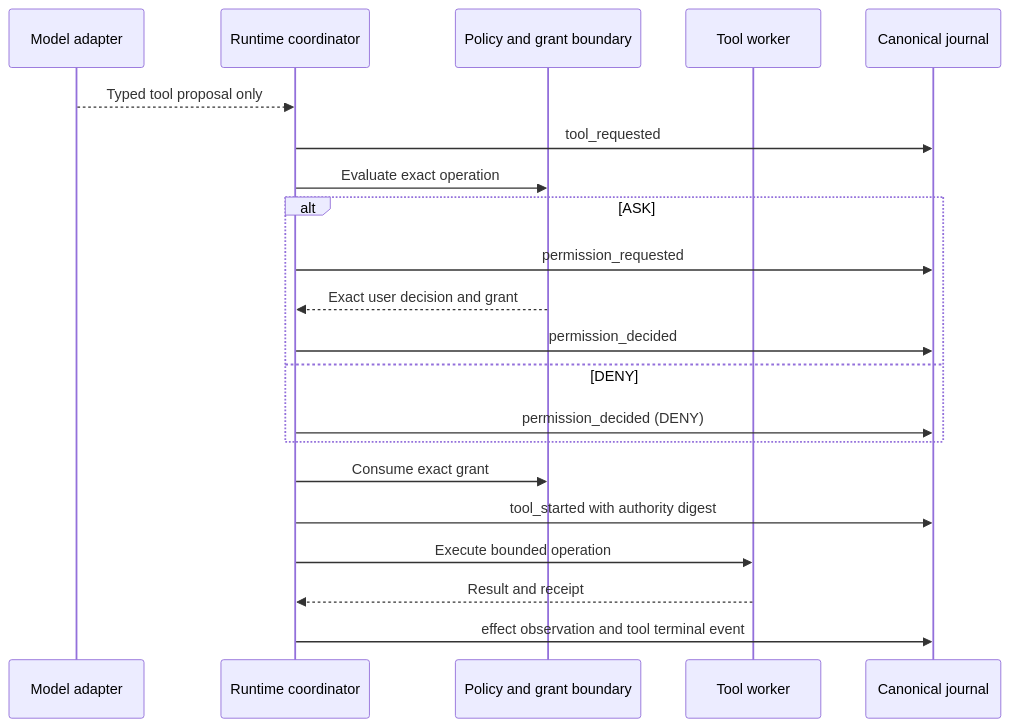
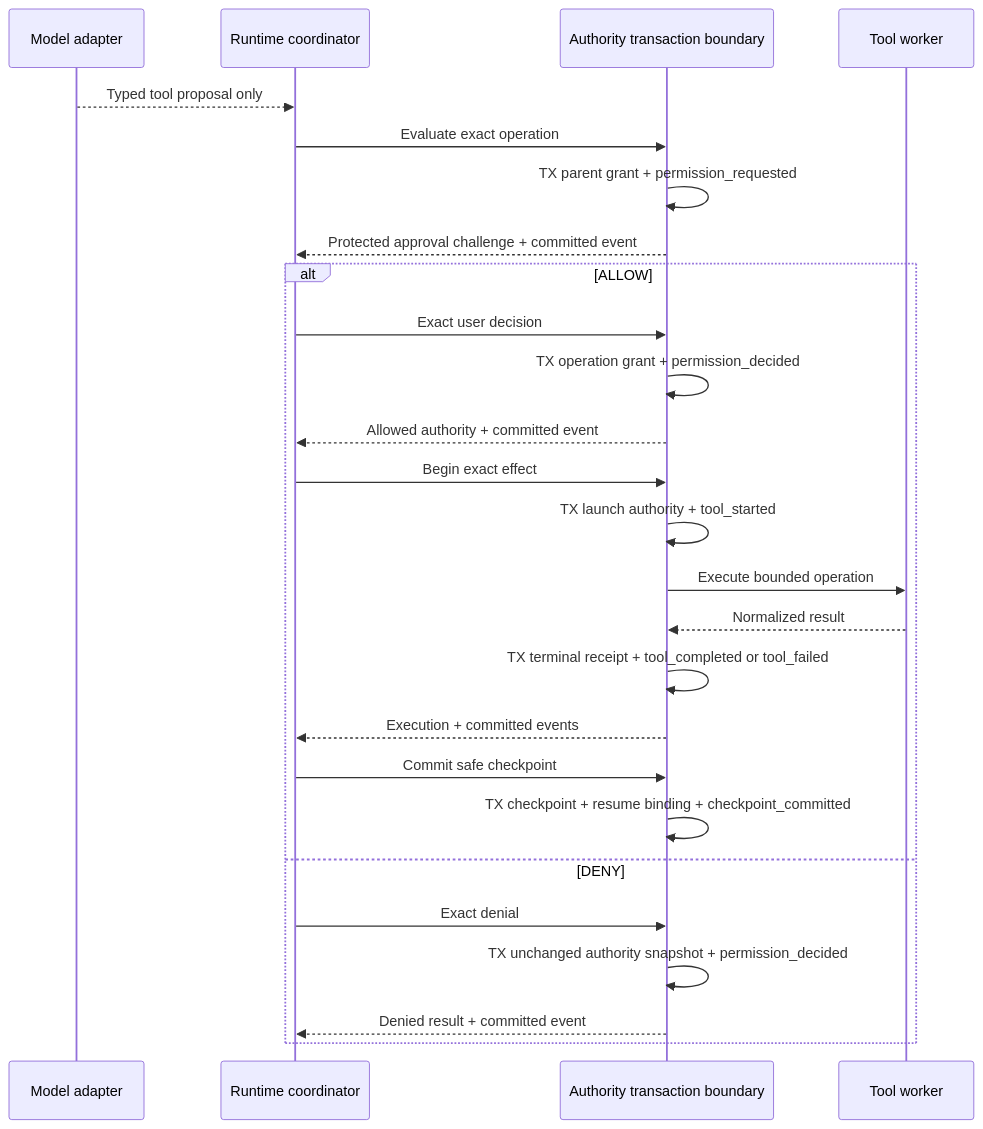
Before and after one commit to AaronNHorvitz/AgentMage: the first of 2 diagrams in docs/architecture/runtime-event-journal.md, drawn with Mermaid. The commit also changed other lines of this file and 6 other files, not shown here.

````diff
--- a/docs/architecture/runtime-event-journal.md
+++ b/docs/architecture/runtime-event-journal.md
@@ -89,23 +90,28 @@
 ```mermaid
 sequenceDiagram
     participant M as Model adapter
     participant R as Runtime coordinator
-    participant P as Policy and grant boundary
+    participant P as Authority transaction boundary
     participant T as Tool worker
-    participant J as Canonical journal
     M-->>R: Typed tool proposal only
-    R->>J: tool_requested
     R->>P: Evaluate exact operation
-    alt ASK
-        R->>J: permission_requested
-        P-->>R: Exact user decision and grant
-        R->>J: permission_decided
+    P->>P: TX parent grant + permission_requested
+    P-->>R: Protected approval challenge + committed event
+    alt ALLOW
+        R->>P: Exact user decision
+        P->>P: TX operation grant + permission_decided
+        P-->>R: Allowed authority + committed event
+        R->>P: Begin exact effect
+        P->>P: TX launch authority + tool_started
+        P->>T: Execute bounded operation
+        T-->>P: Normalized result
+        P->>P: TX terminal receipt + tool_completed or tool_failed
+        P-->>R: Execution + committed events
+        R->>P: Commit safe checkpoint
+        P->>P: TX checkpoint + resume binding + checkpoint_committed
     else DENY
-        R->>J: permission_decided (DENY)
+        R->>P: Exact denial
+        P->>P: TX unchanged authority snapshot + permission_decided
+        P-->>R: Denied result + committed event
     end
-    R->>P: Consume exact grant
-    R->>J: tool_started with authority digest
-    R->>T: Execute bounded operation
-    T-->>R: Result and receipt
-    R->>J: effect observation and tool terminal event
 ```
````
